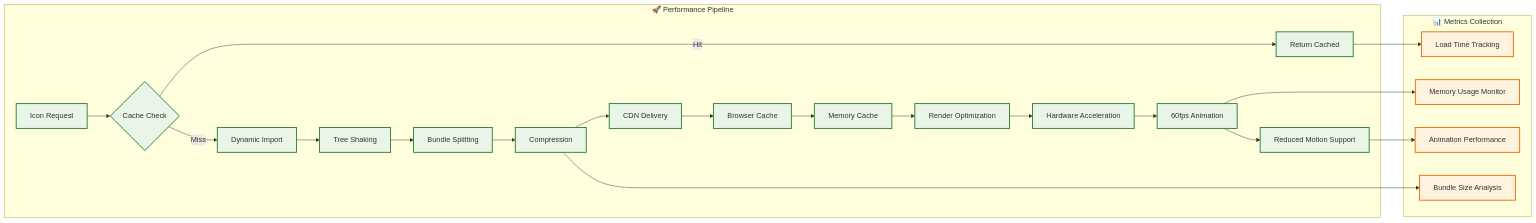
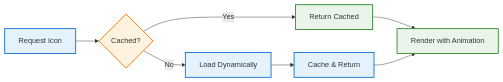
The eighth of 9 diagrams in README.md (abdoElHodaky/larvaccountplatfo), drawn with Mermaid before and after one commit. The commit also changed other lines of this file, not shown here.

First line of the commit message:
docs: Simplify complex diagrams and reduce README size by 43%

````diff
--- a/README.md
+++ b/README.md
@@ -1163,40 +807,17 @@
 ```mermaid
-graph LR
-    subgraph "🚀 Performance Pipeline"
-        A[Icon Request] --> B{Cache Check}
-        B -->|Hit| C[Return Cached]
-        B -->|Miss| D[Dynamic Import]
-        
-        D --> E[Tree Shaking]
-        E --> F[Bundle Splitting]
-        F --> G[Compression]
-        G --> H[CDN Delivery]
-        
-        H --> I[Browser Cache]
-        I --> J[Memory Cache]
-        J --> K[Render Optimization]
-        
-        K --> L[Hardware Acceleration]
-        L --> M[60fps Animation]
-        M --> N[Reduced Motion Support]
-    end
+flowchart LR
+    A[Request Icon] --> B{Cached?}
+    B -->|Yes| C[Return Cached]
+    B -->|No| D[Load Dynamically]
+    D --> E[Cache & Return]
+    C --> F[Render with Animation]
+    E --> F
     
-    subgraph "📊 Metrics Collection"
-        O[Load Time Tracking]
-        P[Memory Usage Monitor]
-        Q[Animation Performance]
-        R[Bundle Size Analysis]
-        
-        C --> O
-        M --> P
-        N --> Q
-        G --> R
-    end
+    classDef process fill:#e3f2fd,stroke:#1976d2,stroke-width:2px
+    classDef decision fill:#fff3e0,stroke:#f57c00,stroke-width:2px
+    classDef result fill:#e8f5e8,stroke:#388e3c,stroke-width:2px
     
-    %% Styling
-    classDef performance fill:#e8f5e8,stroke:#2e7d32,stroke-width:2px
-    classDef metrics fill:#fff3e0,stroke:#ef6c00,stroke-width:2px
-    
-    class A,B,C,D,E,F,G,H,I,J,K,L,M,N performance
-    class O,P,Q,R metrics
+    class A,D,E process
+    class B decision
+    class C,F result
 ```
````
